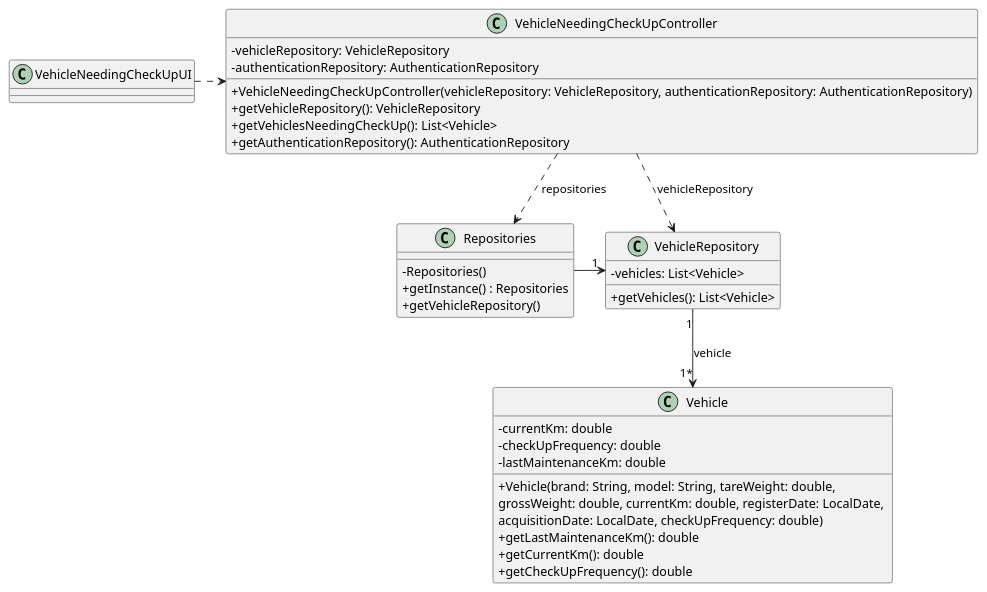
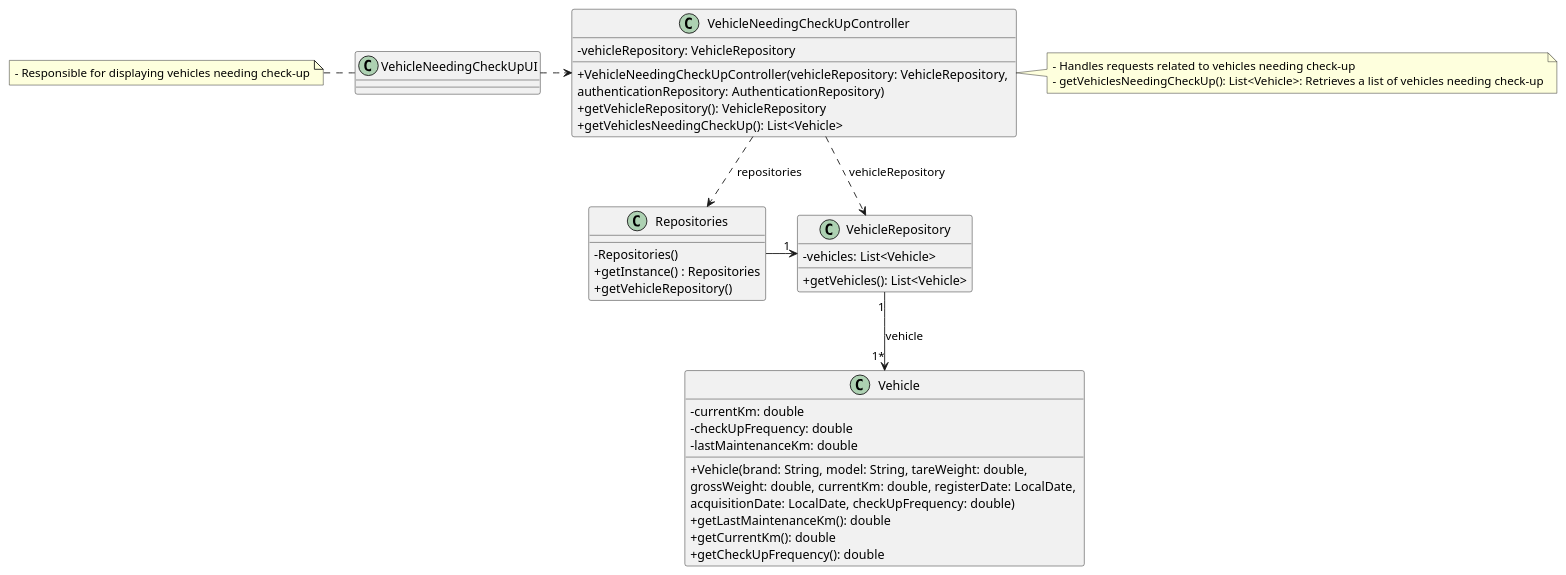
Before and after one commit to Departamento-de-Engenharia-Informatica/lei-24-s2-1df-1de-g063: the diagram in docs/sprintB/us008/03.design/puml/us008-class-diagram.puml, drawn with PlantUML. The commit also changed 15 other files, not shown here.

Commit message:
Testes Unitários e atualização dos class diagrams

```diff
--- a/docs/sprintB/us008/03.design/puml/us008-class-diagram.puml
+++ b/docs/sprintB/us008/03.design/puml/us008-class-diagram.puml
@@ -1,52 +1,59 @@
 @startuml
 'skinparam monochrome true
 skinparam packageStyle rectangle
 skinparam shadowing false
 skinparam linetype polyline
 'skinparam linetype orto
 
 skinparam classAttributeIconSize 0
 
 'left to right direction
 
 class VehicleNeedingCheckUpUI{
 
 }
 
+note left of VehicleNeedingCheckUpUI
+    - Responsible for displaying vehicles needing check-up
+end note
+
 class VehicleNeedingCheckUpController{
     -vehicleRepository: VehicleRepository
-    -authenticationRepository: AuthenticationRepository
-    +VehicleNeedingCheckUpController(vehicleRepository: VehicleRepository, authenticationRepository: AuthenticationRepository)
+    +VehicleNeedingCheckUpController(vehicleRepository: VehicleRepository, \nauthenticationRepository: AuthenticationRepository)
     +getVehicleRepository(): VehicleRepository
     +getVehiclesNeedingCheckUp(): List<Vehicle>
-    +getAuthenticationRepository(): AuthenticationRepository
 }
+
+note right of VehicleNeedingCheckUpController
+    - Handles requests related to vehicles needing check-up
+    - getVehiclesNeedingCheckUp(): List<Vehicle>: Retrieves a list of vehicles needing check-up
+end note
 
 class Repositories{
     - Repositories()
     + getInstance() : Repositories
     + getVehicleRepository()
 }
 
 class VehicleRepository{
     -vehicles: List<Vehicle>
     +getVehicles(): List<Vehicle>
 }
 
 class Vehicle{
     -currentKm: double
     -checkUpFrequency: double
     -lastMaintenanceKm: double
     +Vehicle(brand: String, model: String, tareWeight: double, \ngrossWeight: double, currentKm: double, registerDate: LocalDate, \nacquisitionDate: LocalDate, checkUpFrequency: double)
     +getLastMaintenanceKm(): double
     +getCurrentKm(): double
     +getCheckUpFrequency(): double
 }
 
 VehicleNeedingCheckUpUI .> VehicleNeedingCheckUpController
 VehicleNeedingCheckUpController ..> Repositories : repositories
 Repositories -> "1" VehicleRepository
 VehicleNeedingCheckUpController ..> VehicleRepository : vehicleRepository
 VehicleRepository "1" --> "1*" Vehicle : vehicle
 
 @enduml
```
